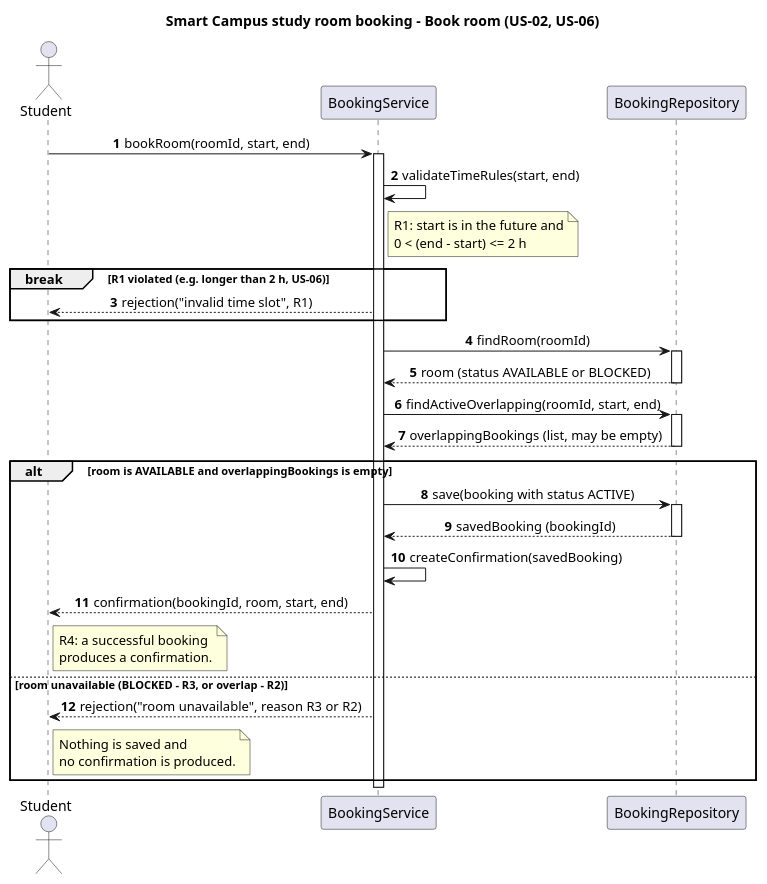
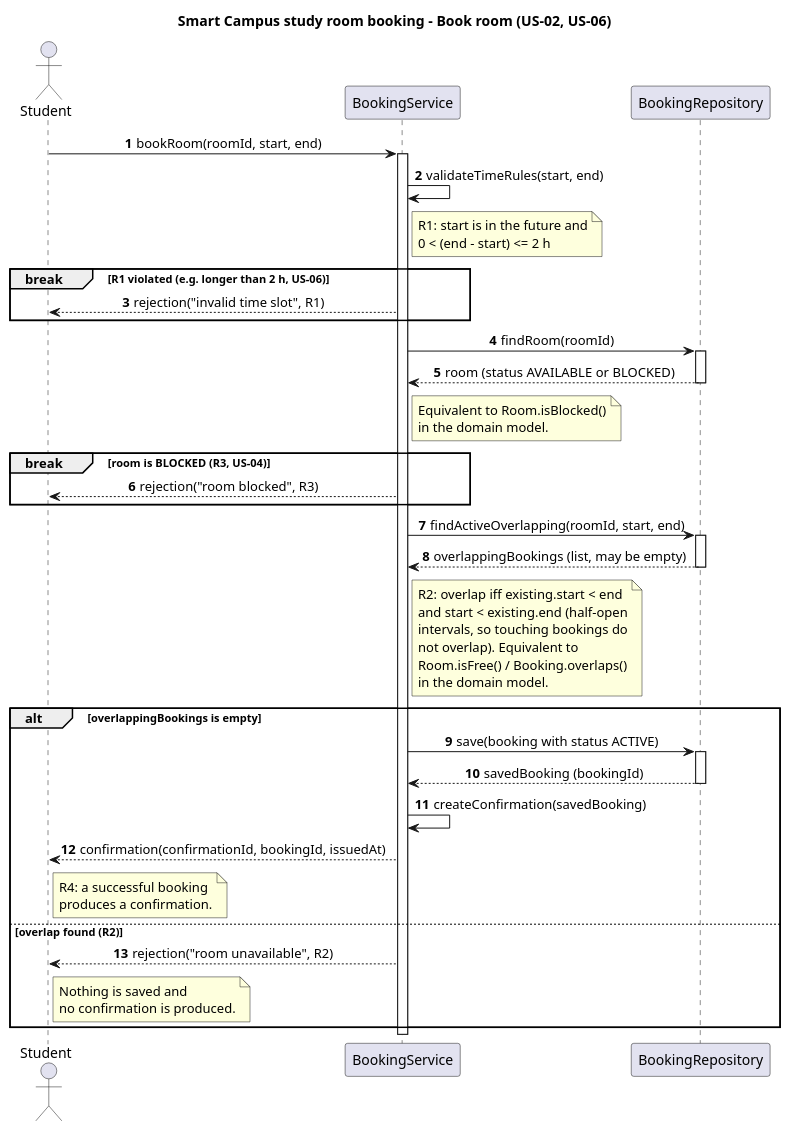
The diagram in week-04/models/original/sequence.puml (aosmanovv/se-practice), drawn with PlantUML before and after one commit. The commit also changed 5 other files, not shown here.

Commit message:
week-04: apply AI critique findings to diagrams and approved-stories

```diff
--- a/week-04/models/original/sequence.puml
+++ b/week-04/models/original/sequence.puml
@@ -1,60 +1,72 @@
-@startuml book-room-sequence
+@startuml sequence
 title Smart Campus study room booking - Book room (US-02, US-06)
 
 skinparam shadowing false
 skinparam sequenceMessageAlign center
 autonumber
 
 actor Student
 participant BookingService
 participant BookingRepository
 
 Student -> BookingService : bookRoom(roomId, start, end)
 activate BookingService
 
-' --- R1: needs no stored data, so the service checks it first ---
 BookingService -> BookingService : validateTimeRules(start, end)
 note right of BookingService
   R1: start is in the future and
   0 < (end - start) <= 2 h
 end note
 
 break R1 violated (e.g. longer than 2 h, US-06)
   BookingService --> Student : rejection("invalid time slot", R1)
 end
 
-' --- R3: is the room blocked? ---
 BookingService -> BookingRepository : findRoom(roomId)
 activate BookingRepository
 BookingRepository --> BookingService : room (status AVAILABLE or BLOCKED)
 deactivate BookingRepository
+note right of BookingService
+  Equivalent to Room.isBlocked()
+  in the domain model.
+end note
 
-' --- R2: does an active booking of this room overlap? ---
+break room is BLOCKED (R3, US-04)
+  BookingService --> Student : rejection("room blocked", R3)
+end
+
 BookingService -> BookingRepository : findActiveOverlapping(roomId, start, end)
 activate BookingRepository
 BookingRepository --> BookingService : overlappingBookings (list, may be empty)
 deactivate BookingRepository
+note right of BookingService
+  R2: overlap iff existing.start < end
+  and start < existing.end (half-open
+  intervals, so touching bookings do
+  not overlap). Equivalent to
+  Room.isFree() / Booking.overlaps()
+  in the domain model.
+end note
 
-alt room is AVAILABLE and overlappingBookings is empty
-  ' --- Attempt the reservation ---
+alt overlappingBookings is empty
   BookingService -> BookingRepository : save(booking with status ACTIVE)
   activate BookingRepository
   BookingRepository --> BookingService : savedBooking (bookingId)
   deactivate BookingRepository
 
   BookingService -> BookingService : createConfirmation(savedBooking)
-  BookingService --> Student : confirmation(bookingId, room, start, end)
+  BookingService --> Student : confirmation(confirmationId, bookingId, issuedAt)
   note right of Student
     R4: a successful booking
     produces a confirmation.
   end note
-else room unavailable (BLOCKED - R3, or overlap - R2)
-  BookingService --> Student : rejection("room unavailable", reason R3 or R2)
+else overlap found (R2)
+  BookingService --> Student : rejection("room unavailable", R2)
   note right of Student
     Nothing is saved and
     no confirmation is produced.
   end note
 end
 
 deactivate BookingService
 @enduml
```
